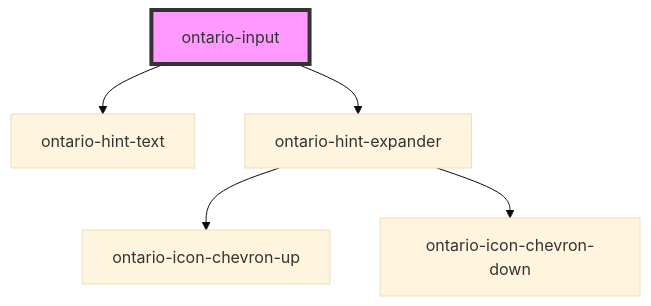
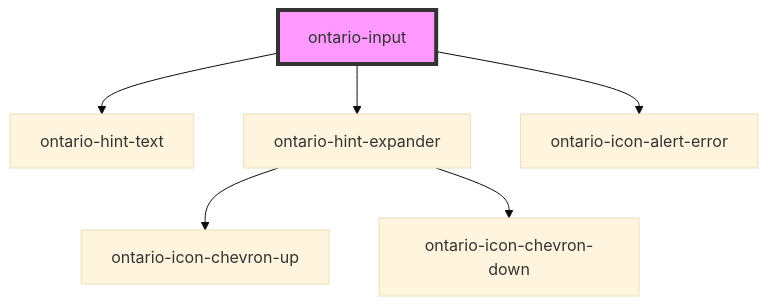
One commit to ongov/ontario-design-system changed the diagram in packages/ontario-design-system-component-library/src/components/ontario-input/readme.md. Above: the diagram before and after it, drawn with Mermaid (base theme). The commit also changed other lines of this file and 8 other files, not shown here.

First line of the commit message:
feat(ontario-input): add error messaging and live validation to input

````diff
--- a/packages/ontario-design-system-component-library/src/components/ontario-input/readme.md
+++ b/packages/ontario-design-system-component-library/src/components/ontario-input/readme.md
@@ -107,8 +196,9 @@
 ```mermaid
 graph TD;
   ontario-input --> ontario-hint-text
   ontario-input --> ontario-hint-expander
+  ontario-input --> ontario-icon-alert-error
   ontario-hint-expander --> ontario-icon-chevron-up
   ontario-hint-expander --> ontario-icon-chevron-down
   style ontario-input fill:#f9f,stroke:#333,stroke-width:4px
 ```
````
